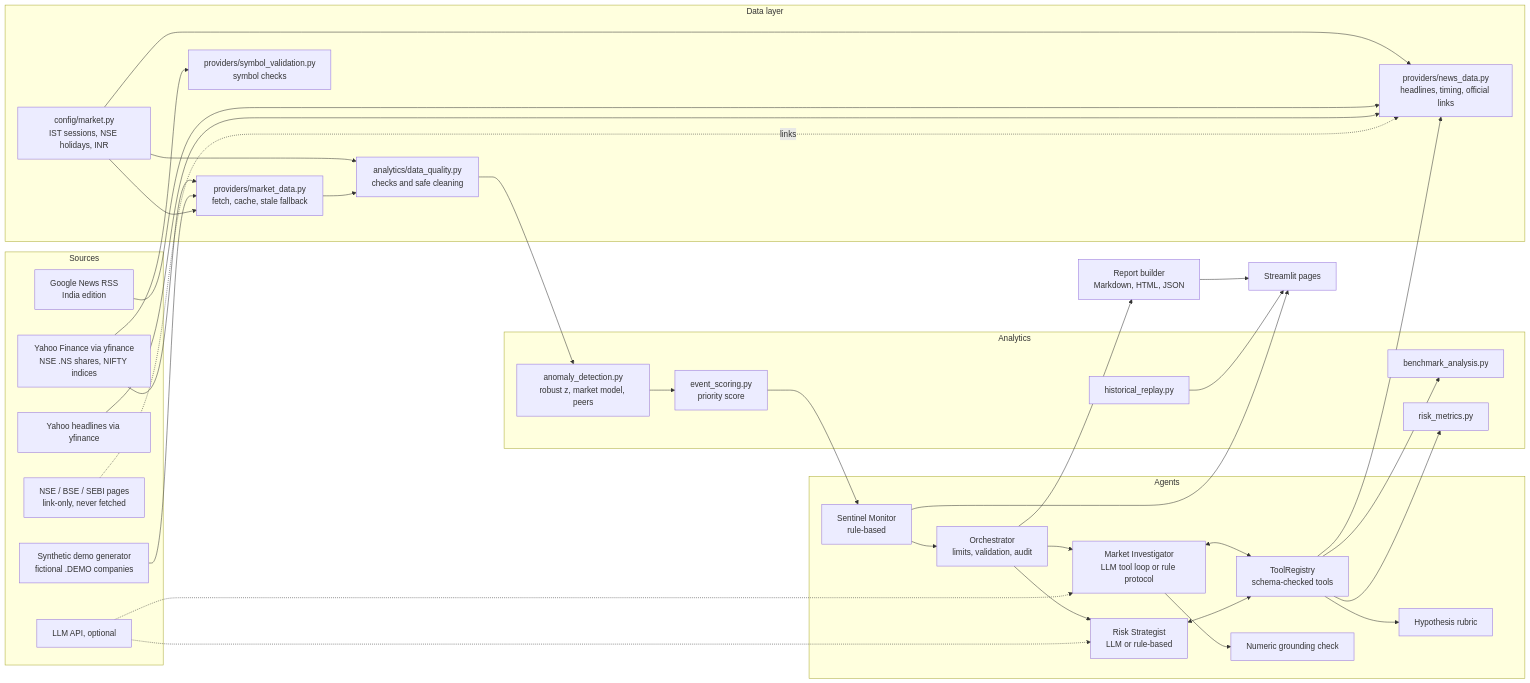
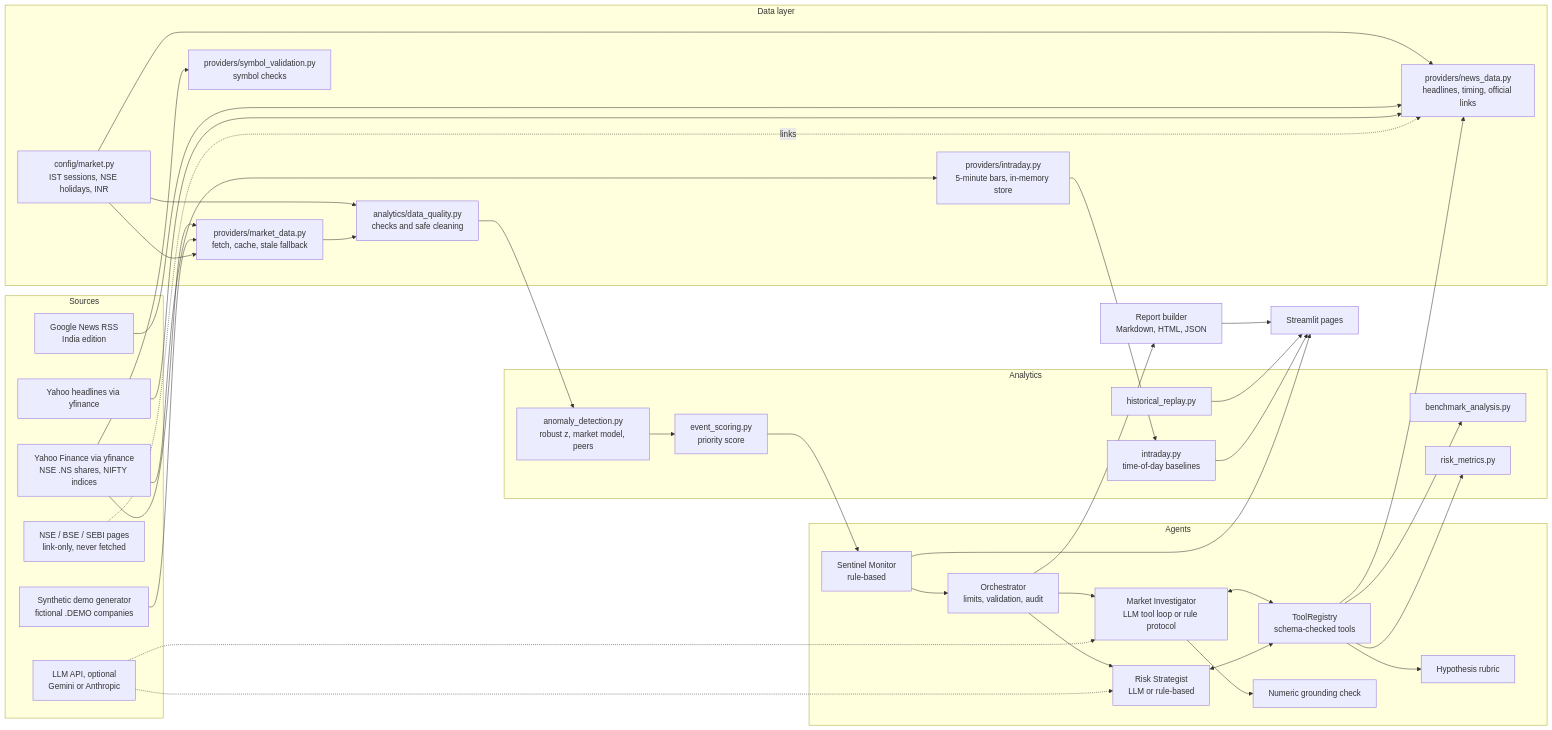
Before and after one commit to shahnevan18-cell/Market-sentinel: the first of 2 diagrams in docs/architecture.md, drawn with Mermaid. The commit also changed other lines of this file and 29 other files, not shown here.

````diff
--- a/docs/architecture.md
+++ b/docs/architecture.md
@@ -9,64 +9,67 @@
 ```mermaid
 flowchart LR
     subgraph Sources
         YF[Yahoo Finance via yfinance<br/>NSE .NS shares, NIFTY indices]
         DM[Synthetic demo generator<br/>fictional .DEMO companies]
         GN[Google News RSS<br/>India edition]
         YN[Yahoo headlines via yfinance]
         OFF[NSE / BSE / SEBI pages<br/>link-only, never fetched]
-        LLM[LLM API, optional]
+        LLM[LLM API, optional<br/>Gemini or Anthropic]
     end
     subgraph Data layer
         MK[config/market.py<br/>IST sessions, NSE holidays, INR]
         MD[providers/market_data.py<br/>fetch, cache, stale fallback]
         DQ[analytics/data_quality.py<br/>checks and safe cleaning]
         NS[providers/news_data.py<br/>headlines, timing, official links]
         SV[providers/symbol_validation.py<br/>symbol checks]
+        ID[providers/intraday.py<br/>5-minute bars, in-memory store]
     end
     subgraph Analytics
         AD[anomaly_detection.py<br/>robust z, market model, peers]
         ES[event_scoring.py<br/>priority score]
         BA[benchmark_analysis.py]
         RM[risk_metrics.py]
         HR[historical_replay.py]
+        IA[intraday.py<br/>time-of-day baselines]
     end
     subgraph Agents
         MON[Sentinel Monitor<br/>rule-based]
         ORC[Orchestrator<br/>limits, validation, audit]
         INV[Market Investigator<br/>LLM tool loop or rule protocol]
         STR[Risk Strategist<br/>LLM or rule-based]
         TOOLS[ToolRegistry<br/>schema-checked tools]
         RUB[Hypothesis rubric]
         GRD[Numeric grounding check]
     end
     UI[Streamlit pages]
     REP[Report builder<br/>Markdown, HTML, JSON]
 
     YF --> MD
     DM --> MD
     MK --> MD
     MK --> DQ
     MK --> NS
     YF --> SV
     MD --> DQ --> AD
     AD --> ES --> MON
     MON --> ORC
     ORC --> INV
     INV <--> TOOLS
     TOOLS --> BA
     TOOLS --> NS
     GN --> NS
     YN --> NS
     OFF -. links .-> NS
     TOOLS --> RUB
     INV --> GRD
     ORC --> STR
     STR <--> TOOLS
     TOOLS --> RM
     LLM -.-> INV
     LLM -.-> STR
     ORC --> REP
     HR --> UI
     MON --> UI
     REP --> UI
+    YF --> ID --> IA --> UI
 ```
````
